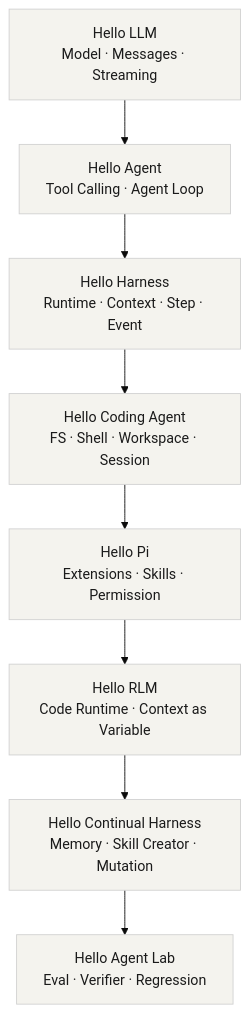
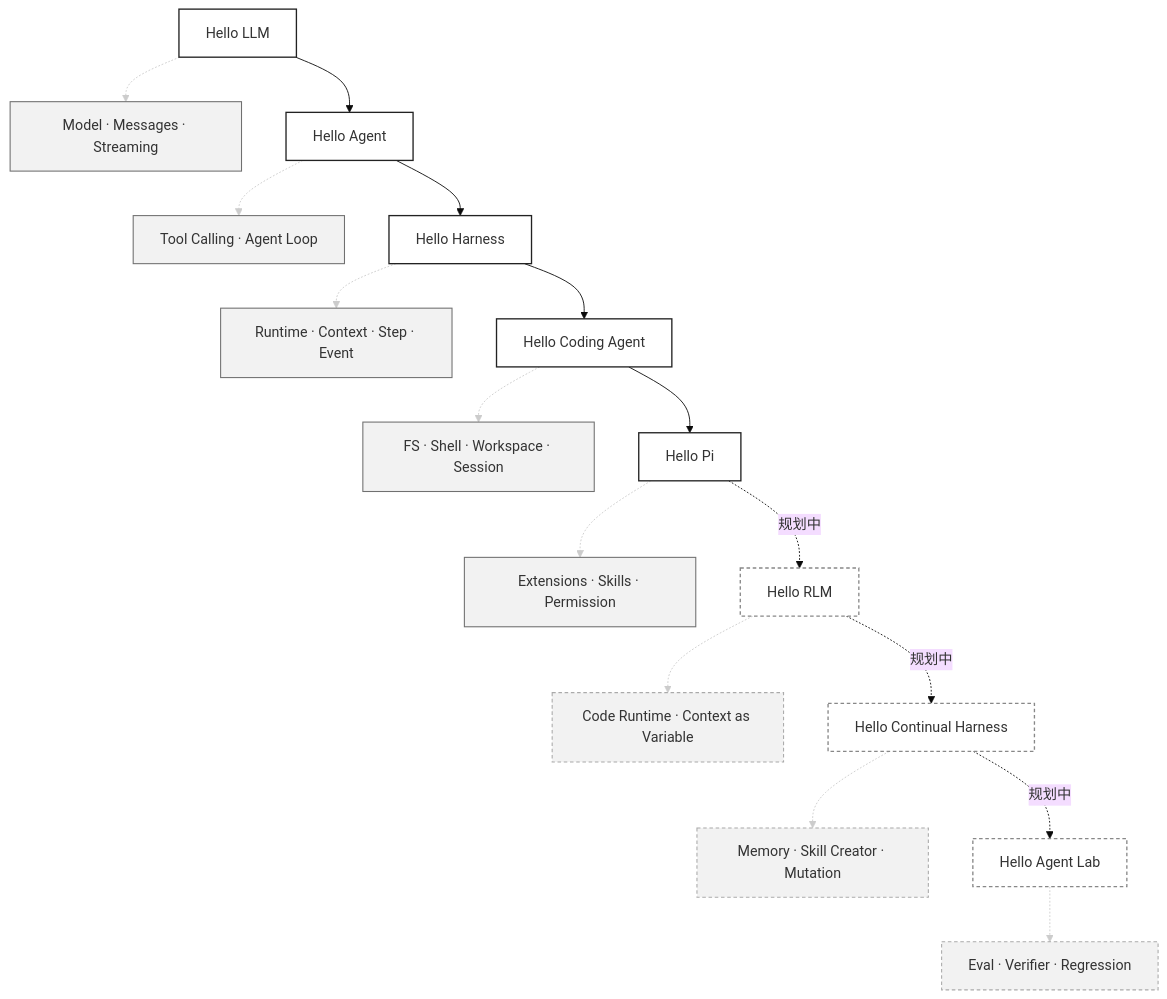
The diagram in docs/zh/index.md (liuyueyi/hello-harness), drawn with Mermaid (base theme) before and after one commit. The commit also changed other lines of this file and 11 other files, not shown here.

````diff
--- a/docs/zh/index.md
+++ b/docs/zh/index.md
@@ -13,14 +38,32 @@
 ```mermaid
 flowchart TD
-    A["Hello LLM<br/>Model · Messages · Streaming"] --> B["Hello Agent<br/>Tool Calling · Agent Loop"]
-    B --> C["Hello Harness<br/>Runtime · Context · Step · Event"]
-    C --> D["Hello Coding Agent<br/>FS · Shell · Workspace · Session"]
-    D --> E["Hello Pi<br/>Extensions · Skills · Permission"]
-    E --> F["Hello RLM<br/>Code Runtime · Context as Variable"]
-    F --> G["Hello Continual Harness<br/>Memory · Skill Creator · Mutation"]
-    G --> H["Hello Agent Lab<br/>Eval · Verifier · Regression"]
+    %% 主节点：白底，深色实线边框（重点突出演进阶段）
+    classDef mainNode fill:#ffffff,stroke:#222222,stroke-width:1.5,rounded:10
+    %% 注释节点：浅灰背景，灰色边框，弱化层级
+    classDef noteNode fill:#f2f2f2,stroke:#707070,stroke-width:1.2,rounded:10
+    %% 规划中‑主节点：白底，虚线边框
+    classDef mainPlanned fill:#ffffff,stroke:#888888,stroke-width:1.5,stroke-dasharray:4 3,rounded:10
+    %% 规划中‑注释节点：浅灰背景，虚线边框
+    classDef notePlanned fill:#f2f2f2,stroke:#aaaaaa,stroke-width:1.2,stroke-dasharray:4 3,rounded:10
 
-    classDef primary fill:#D95C41,stroke:#C14E36,color:#fff,font-weight:bold;
-    classDef process fill:#F4F3EE,stroke:#D1D1D1,color:#1A1A1A;
-    class A,B,C,D,E,F,G,H process;
+    A["Hello LLM"]:::mainNode -.->| | A_note["Model · Messages · Streaming"]:::noteNode
+    B["Hello Agent"]:::mainNode -.->| | B_note["Tool Calling · Agent Loop"]:::noteNode
+    C["Hello Harness"]:::mainNode -.->| | C_note["Runtime · Context · Step · Event"]:::noteNode
+    D["Hello Coding Agent"]:::mainNode -.->| | D_note["FS · Shell · Workspace · Session"]:::noteNode
+    E["Hello Pi"]:::mainNode -.->| | E_note["Extensions · Skills · Permission"]:::noteNode
+    F["Hello RLM"]:::mainPlanned -.->| | F_note["Code Runtime · Context as Variable"]:::notePlanned
+    G["Hello Continual Harness"]:::mainPlanned -.->| | G_note["Memory · Skill Creator · Mutation"]:::notePlanned
+    H["Hello Agent Lab"]:::mainPlanned -.->| | H_note["Eval · Verifier · Regression"]:::notePlanned
+
+    %% 主流程链路
+    A --> B
+    B --> C
+    C --> D
+    D --> E
+    E -. 规划中 .-> F
+    F -. 规划中 .-> G
+    G -. 规划中 .-> H
+
+    %% 主节点到注释的连接线弱化为浅灰色
+    linkStyle 0,1,2,3,4,5,6,7 stroke:#cccccc,stroke-width:1
 ```
````
